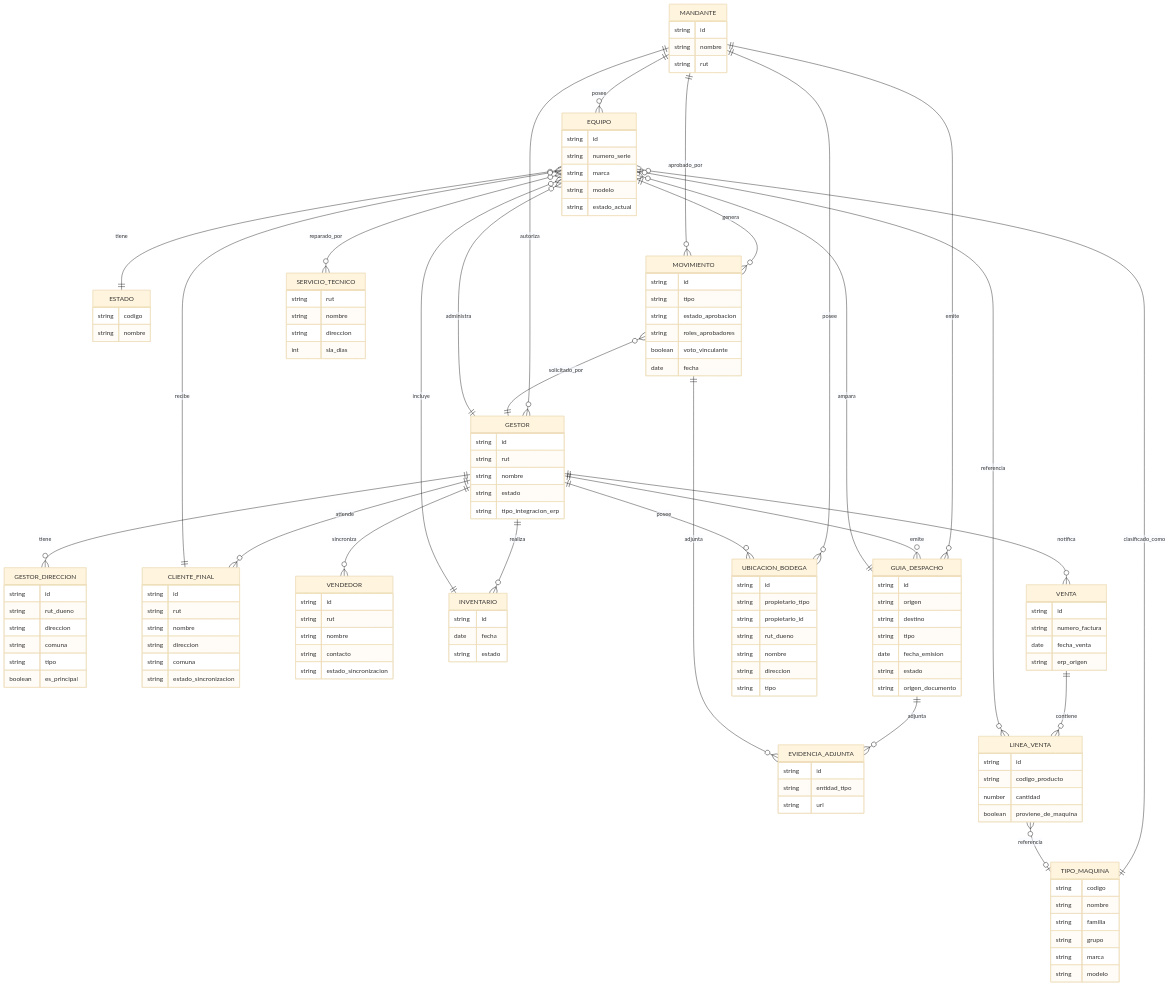
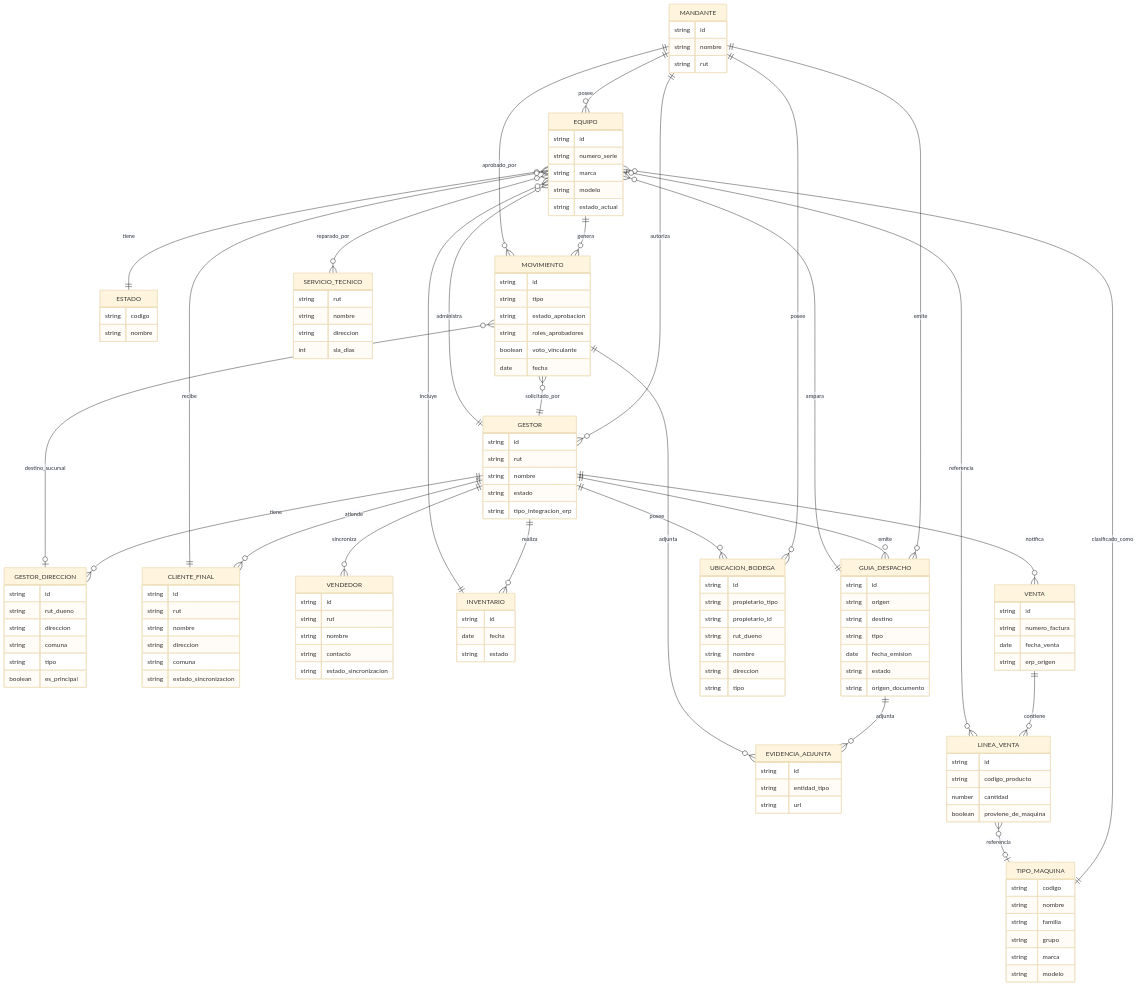
One commit to nicolascasanova0799/Prototipo-Maquinas changed the sixth of 7 diagrams in .gitbook/docs/diagramas-del-sistema.md. Above: the diagram before and after it, drawn with Mermaid (base theme). The commit also changed other lines of this file and 57 other files, not shown here.

First line of the commit message:
Add changelog documentation tracking 14 applied prototype changes from obs1.md review session, including Carozzi rebrand, Gestor terminology, multi-address support, GD generation flow, inspection templates, and RUT field additions

```diff
--- a/.gitbook/docs/diagramas-del-sistema.md
+++ b/.gitbook/docs/diagramas-del-sistema.md
@@ -248,6 +259,7 @@
     EQUIPO }o--|| ESTADO : tiene
     EQUIPO ||--o{ MOVIMIENTO : genera
     MOVIMIENTO }o--|| GESTOR : solicitado_por
+    MOVIMIENTO }o--o| GESTOR_DIRECCION : destino_sucursal
     MOVIMIENTO }o--|| MANDANTE : aprobado_por
     EQUIPO }o--o{ SERVICIO_TECNICO : reparado_por
     GESTOR ||--o{ INVENTARIO : realiza
```
